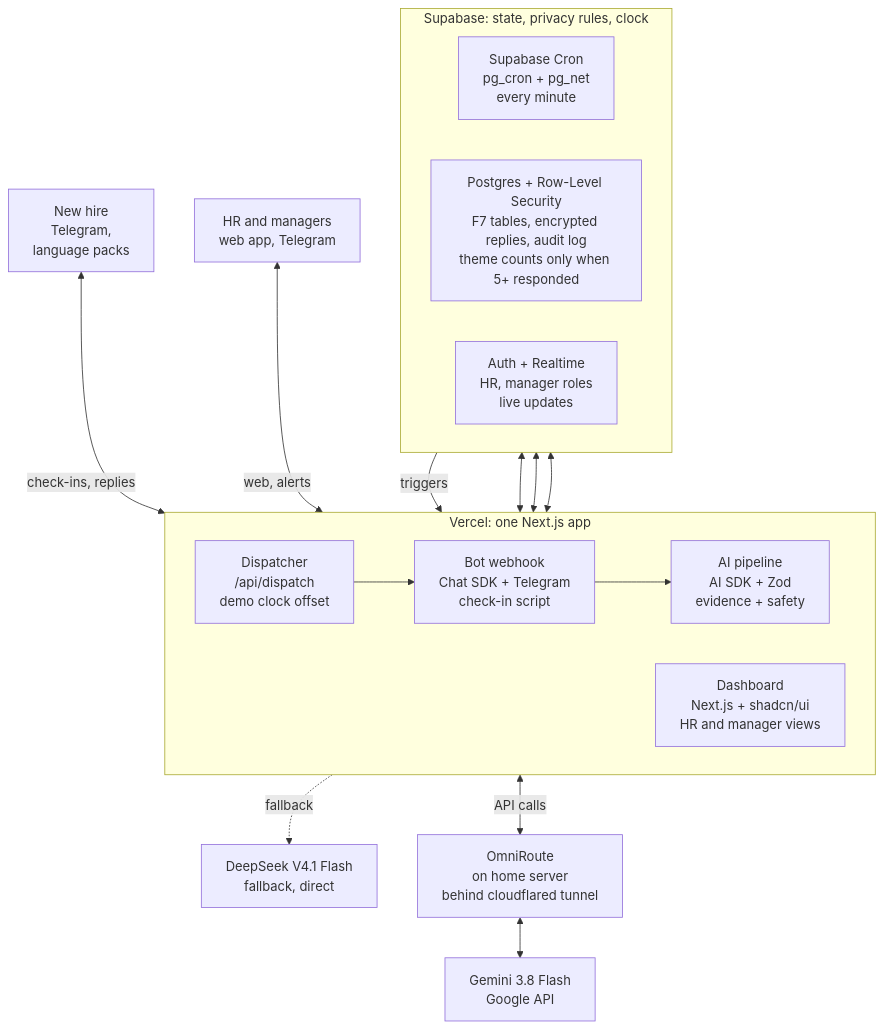
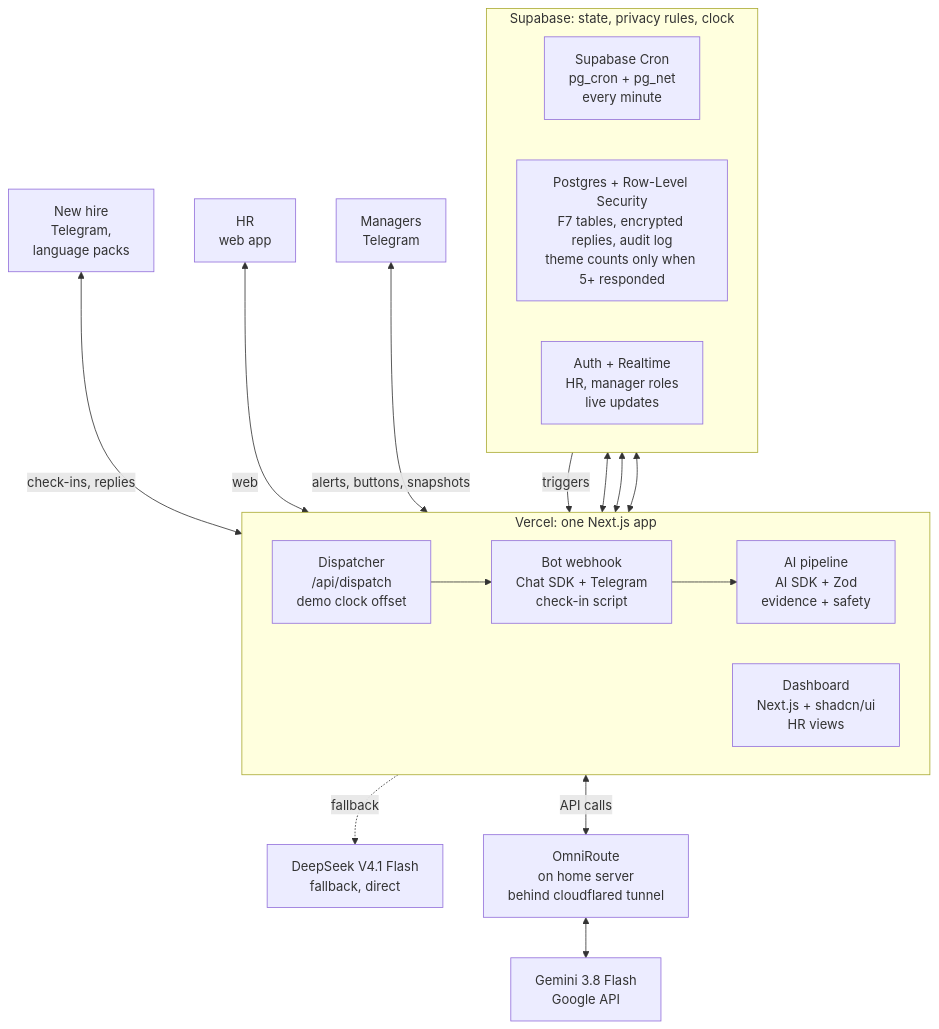
One commit to r64genji/sapa-aifm-2026 changed the diagram in docs/02-prototype-architecture.md. Above: the diagram before and after it, drawn with Mermaid. The commit also changed other lines of this file and 24 other files, not shown here.

First line of the commit message:
docs+seed: Contoh GBS client story, managers on Telegram only

````diff
--- a/docs/02-prototype-architecture.md
+++ b/docs/02-prototype-architecture.md
@@ -40,34 +40,36 @@
 ```mermaid
 flowchart TB
     gemini["Gemini 3.8 Flash<br/>Google API"]
     deepseek["DeepSeek V4.1 Flash<br/>fallback, direct"]
     hire["New hire<br/>Telegram,<br/>language packs"]
     omni["OmniRoute<br/>on home server<br/>behind cloudflared tunnel"]
-    hr["HR and managers<br/>web app, Telegram"]
+    hr["HR<br/>web app"]
+    mgr["Managers<br/>Telegram"]
 
     subgraph vercel["Vercel: one Next.js app"]
         direction LR
         disp["Dispatcher<br/>/api/dispatch<br/>demo clock offset"]
         bot["Bot webhook<br/>Chat SDK + Telegram<br/>check-in script"]
         ai["AI pipeline<br/>AI SDK + Zod<br/>evidence + safety"]
-        dash["Dashboard<br/>Next.js + shadcn/ui<br/>HR and manager views"]
+        dash["Dashboard<br/>Next.js + shadcn/ui<br/>HR views"]
         disp --> bot --> ai
     end
 
     subgraph supa["Supabase: state, privacy rules, clock"]
         direction LR
         cron["Supabase Cron<br/>pg_cron + pg_net<br/>every minute"]
         pg["Postgres + Row-Level Security<br/>F7 tables, encrypted replies, audit log<br/>theme counts only when 5+ responded"]
         rt["Auth + Realtime<br/>HR, manager roles<br/>live updates"]
     end
 
     hire <-->|check-ins, replies| bot
-    hr <-->|web, alerts| dash
+    hr <-->|web| dash
+    mgr <-->|alerts, buttons, snapshots| bot
     ai <-->|API calls| omni
     omni <--> gemini
     ai -.->|fallback| deepseek
     cron -->|triggers| disp
     bot <--> pg
     ai <--> pg
     dash <--> rt
 ```
````
